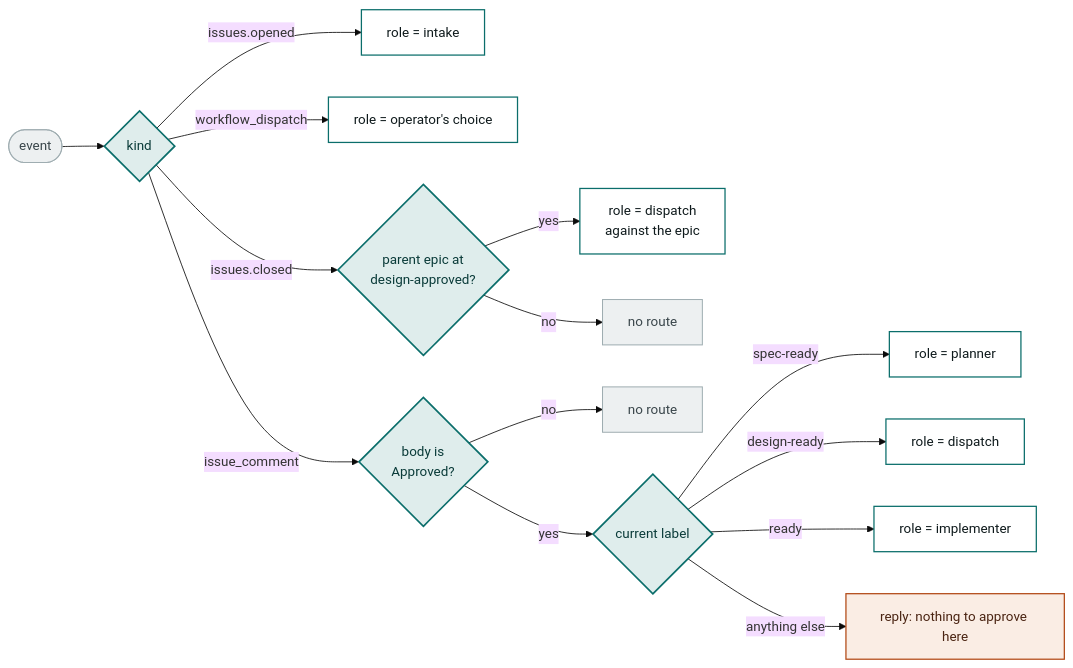
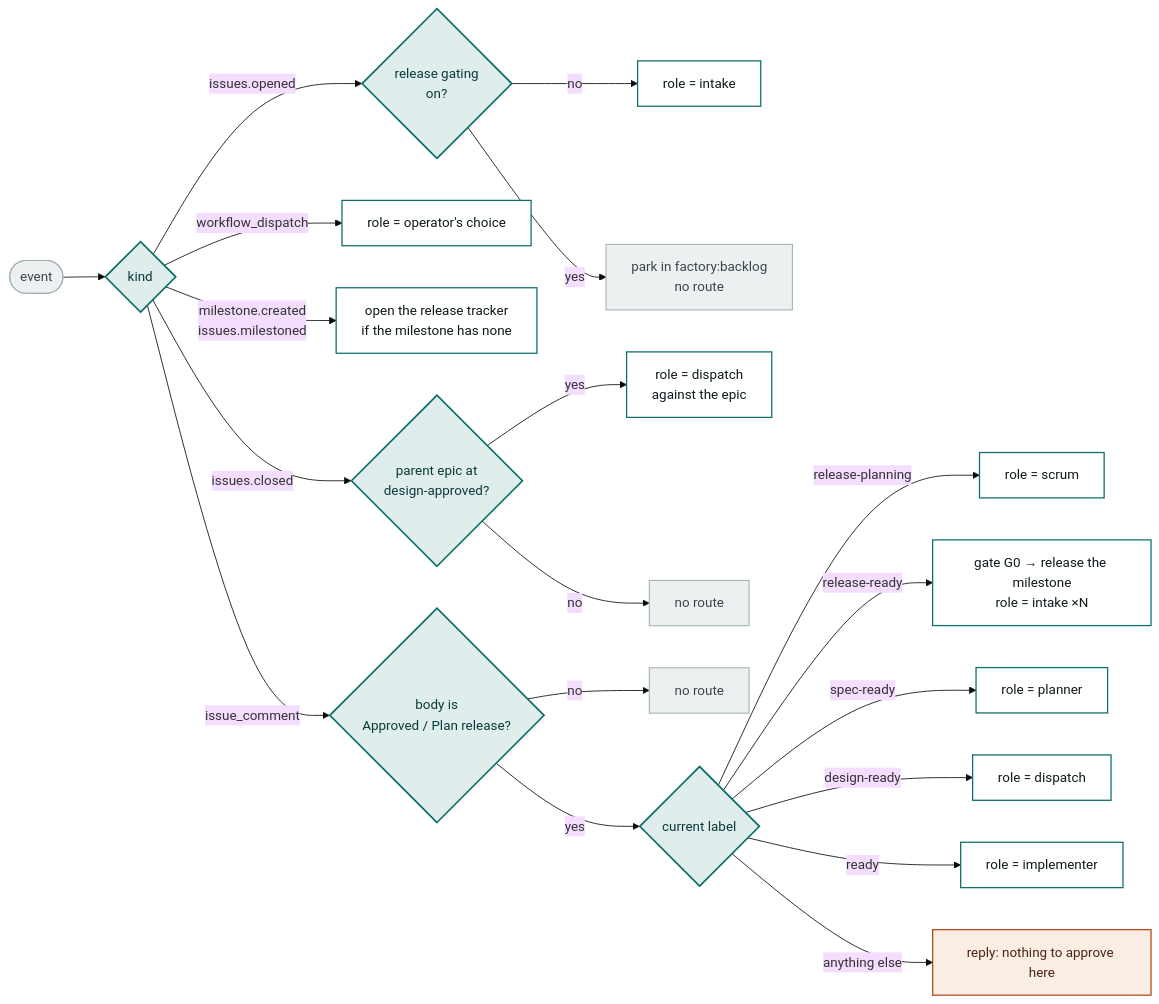
One commit to genai-jerry/claude-software-factory changed the second of 2 diagrams in wiki/Control-Architecture.md. Above: the diagram before and after it, drawn with Mermaid (base theme). The commit also changed other lines of this file and 19 other files, not shown here.

First line of the commit message:
feat: gate issue intake behind release milestones (gate G0)

````diff
--- a/wiki/Control-Architecture.md
+++ b/wiki/Control-Architecture.md
@@ -50,30 +53,36 @@
 ```mermaid
 flowchart LR
   IN(["event"]) --> K{"kind"}
 
-  K -- "issues.opened" --> RI["role = intake"]
+  K -- "issues.opened" --> C0{"release gating<br/>on?"}
+  C0 -- no --> RI["role = intake"]
+  C0 -- yes --> RB["park in factory:backlog<br/>no route"]
   K -- "workflow_dispatch" --> RM["role = operator's choice"]
+
+  K -- "milestone.created<br/>issues.milestoned" --> RT["open the release tracker<br/>if the milestone has none"]
 
   K -- "issues.closed" --> C1{"parent epic at<br/>design-approved?"}
   C1 -- yes --> RD["role = dispatch<br/>against the epic"]
   C1 -- no --> N1["no route"]
 
-  K -- "issue_comment" --> C2{"body is<br/>Approved?"}
+  K -- "issue_comment" --> C2{"body is<br/>Approved / Plan release?"}
   C2 -- no --> N2["no route"]
   C2 -- yes --> C3{"current label"}
 
+  C3 -- "release-planning" --> RR["role = scrum"]
+  C3 -- "release-ready" --> RG["gate G0 → release the milestone<br/>role = intake ×N"]
   C3 -- "spec-ready" --> RP["role = planner"]
   C3 -- "design-ready" --> RS["role = dispatch"]
   C3 -- "ready" --> RX["role = implementer"]
   C3 -- "anything else" --> RE["reply: nothing to approve here"]
 
   classDef q fill:#DFEDEC,stroke:#0B6E6B,stroke-width:2px,color:#0A3B39
   classDef r fill:#FFFFFF,stroke:#0B6E6B,stroke-width:1.5px,color:#0F1A1C
   classDef n fill:#EDF0F1,stroke:#9FADB1,stroke-width:1.2px,color:#3A464B
   classDef w fill:#FAEDE4,stroke:#B24A17,stroke-width:1.5px,color:#4A2412
 
-  class K,C1,C2,C3 q
-  class RI,RM,RD,RP,RS,RX r
-  class N1,N2,IN n
+  class K,C0,C1,C2,C3 q
+  class RI,RM,RD,RP,RS,RX,RR,RG,RT r
+  class N1,N2,IN,RB n
   class RE w
 ```
````
